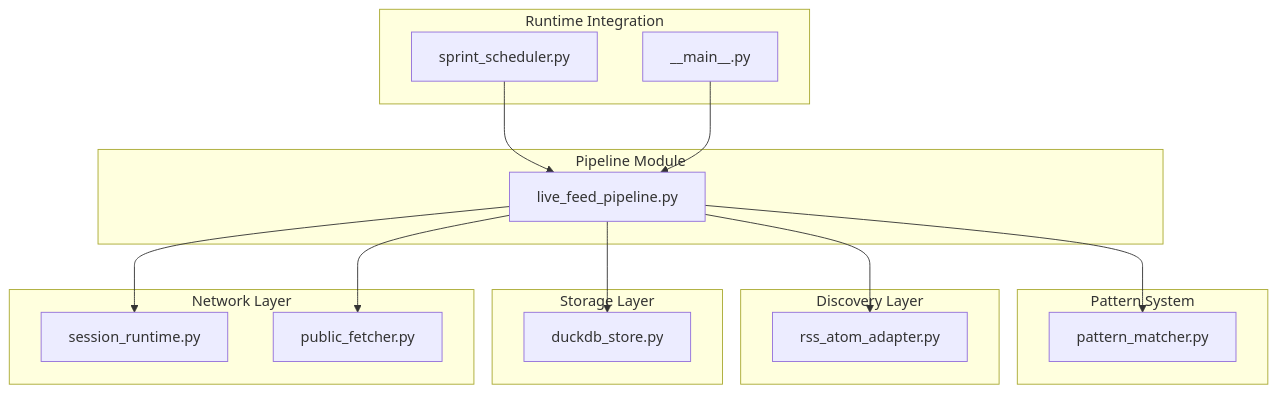
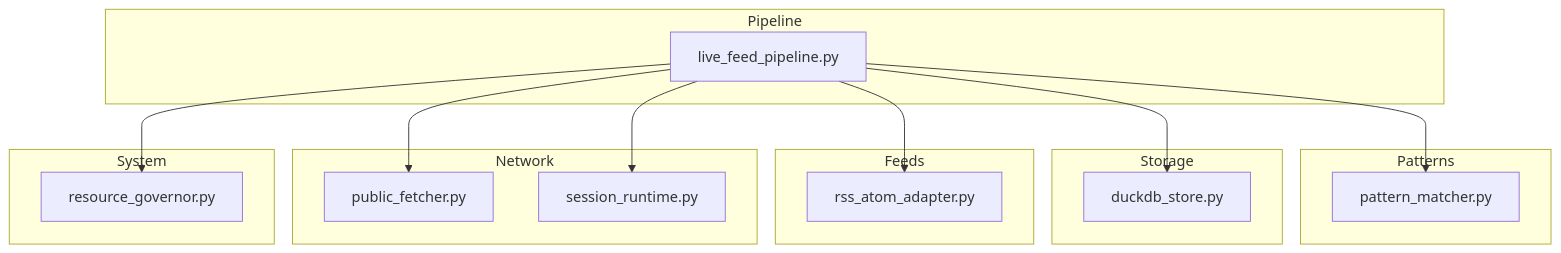
Before and after one commit to Hamulda/hledac-universal: the first of 3 diagrams in .qoder/repowiki/en/content/Pipeline System/Live Feed Pipeline.md, drawn with Mermaid. The commit also changed other lines of this file and 236 other files, not shown here.

Commit message:
feat: F234 prelive gate, acquisition strategy and sprint scheduler improvements

````diff
--- a/.qoder/repowiki/en/content/Pipeline System/Live Feed Pipeline.md
+++ b/.qoder/repowiki/en/content/Pipeline System/Live Feed Pipeline.md
@@ -40,30 +38,28 @@
 ```mermaid
 graph TB
-subgraph "Pipeline Module"
-LFP[live_feed_pipeline.py]
+subgraph "Pipeline"
+LF["live_feed_pipeline.py"]
 end
-subgraph "Pattern System"
-PM[pattern_matcher.py]
+subgraph "Patterns"
+PM["pattern_matcher.py"]
 end
-subgraph "Discovery Layer"
-RA[rss_atom_adapter.py]
+subgraph "Storage"
+DS["duckdb_store.py"]
 end
-subgraph "Storage Layer"
-DS[duckdb_store.py]
+subgraph "Feeds"
+RA["rss_atom_adapter.py"]
 end
-subgraph "Network Layer"
-SR[session_runtime.py]
-PF[public_fetcher.py]
+subgraph "Network"
+PF["public_fetcher.py"]
+SR["session_runtime.py"]
 end
-subgraph "Runtime Integration"
-SS[sprint_scheduler.py]
-MAIN[__main__.py]
+subgraph "System"
+RG["resource_governor.py"]
 end
-LFP --> PM
-LFP --> RA
-LFP --> DS
-LFP --> SR
-LFP --> PF
-SS --> LFP
-MAIN --> LFP
+LF --> RA
+LF --> PM
+LF --> DS
+LF --> RG
+LF --> PF
+LF --> SR
 ```
````
